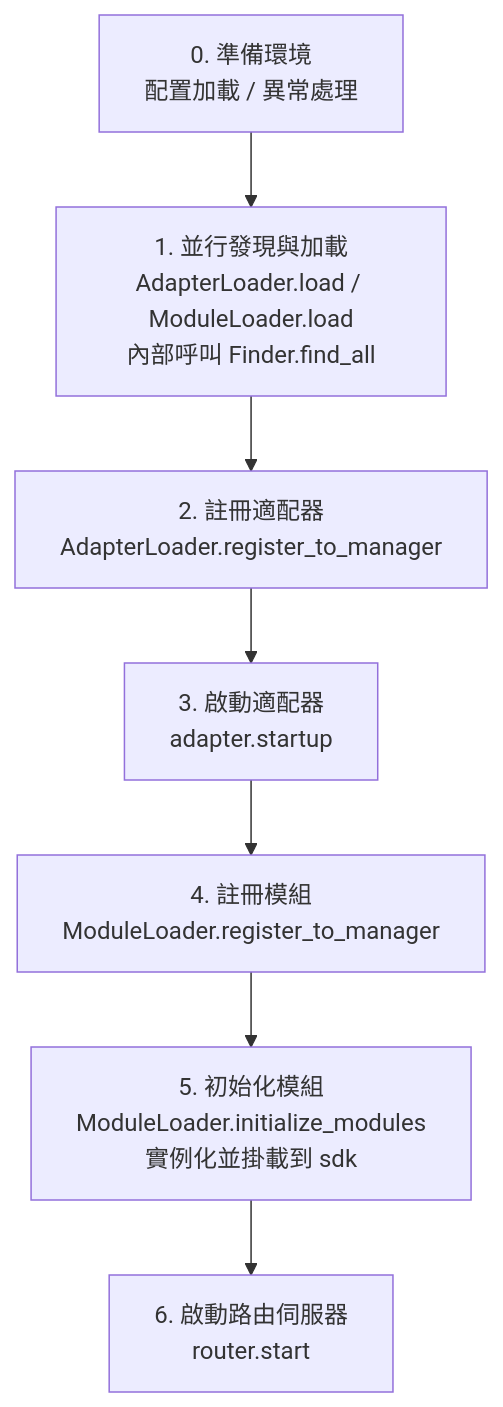
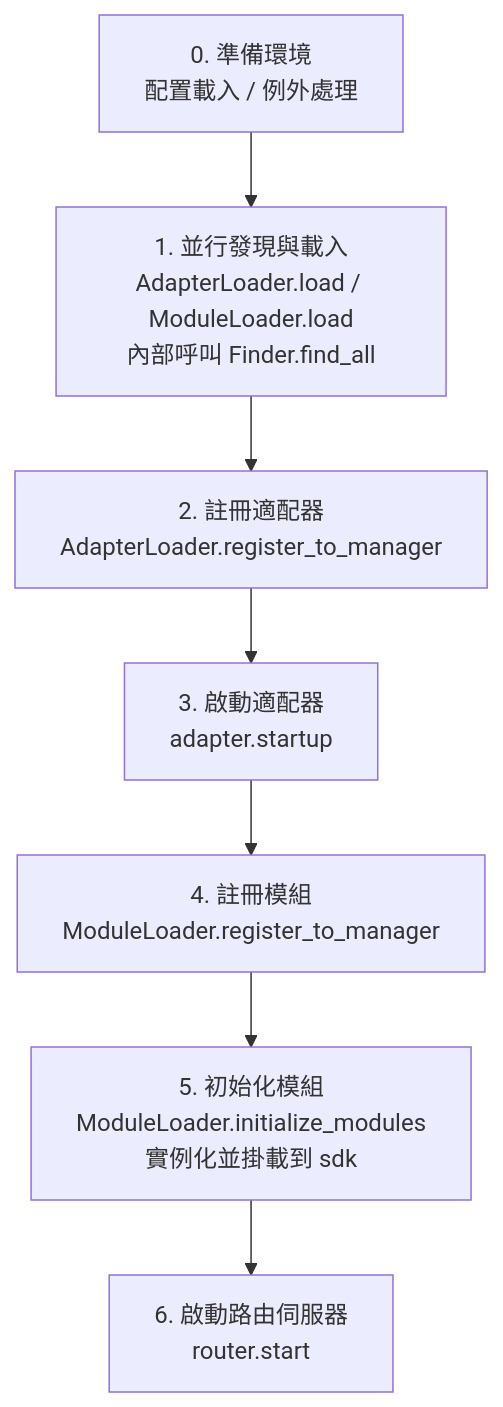
Before and after one commit to ErisPulse/ErisPulse: the diagram in docs/zh-TW/advanced/startup.md, drawn with Mermaid. The commit also changed other lines of this file and 299 other files, not shown here.

````diff
--- a/docs/zh-TW/advanced/startup.md
+++ b/docs/zh-TW/advanced/startup.md
@@ -130,10 +27,10 @@
 ```mermaid
 flowchart TD
-    A[0. 準備環境<br/>配置加載 / 異常處理] --> B
-    B[1. 並行發現與加載<br/>AdapterLoader.load / ModuleLoader.load<br/>內部呼叫 Finder.find_all] --> C
+    A[0. 準備環境<br/>配置載入 / 例外處理] --> B
+    B[1. 並行發現與載入<br/>AdapterLoader.load / ModuleLoader.load<br/>內部呼叫 Finder.find_all] --> C
     C[2. 註冊適配器<br/>AdapterLoader.register_to_manager] --> D
     D[3. 啟動適配器<br/>adapter.startup] --> E
     E[4. 註冊模組<br/>ModuleLoader.register_to_manager] --> F
     F[5. 初始化模組<br/>ModuleLoader.initialize_modules<br/>實例化並掛載到 sdk] --> G
     G[6. 啟動路由伺服器<br/>router.start]
 ```
````
